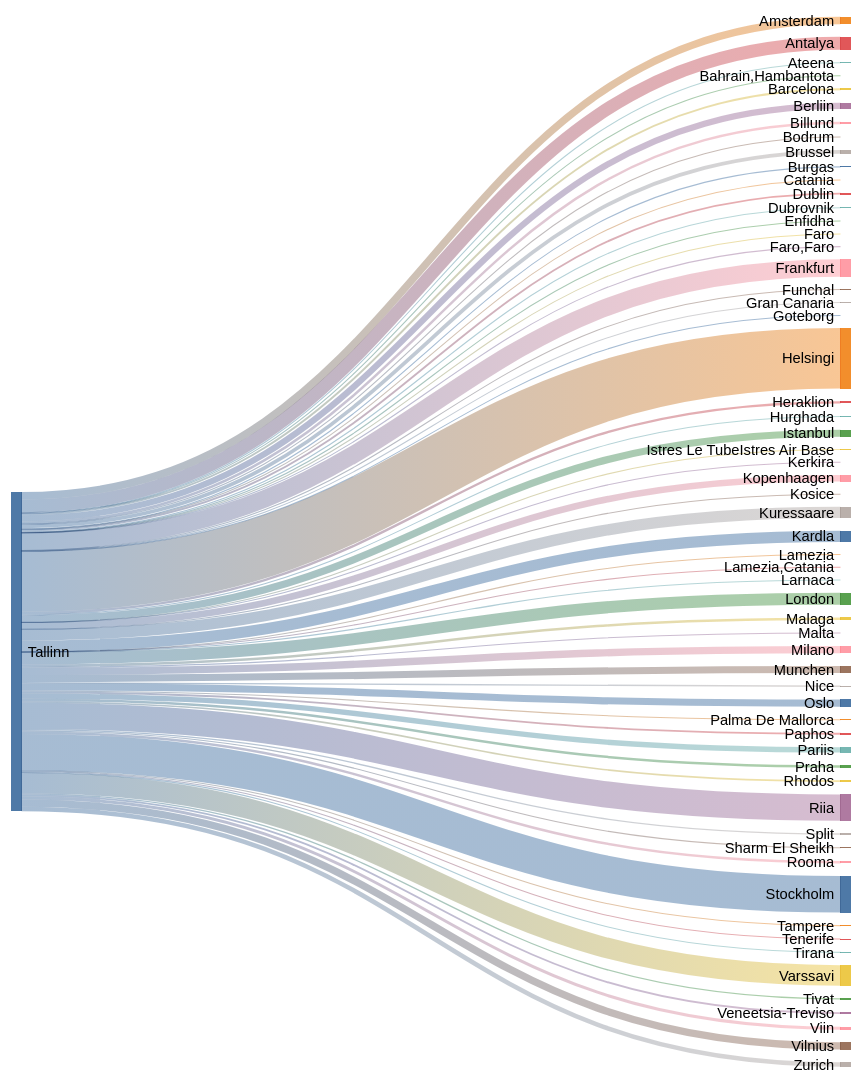
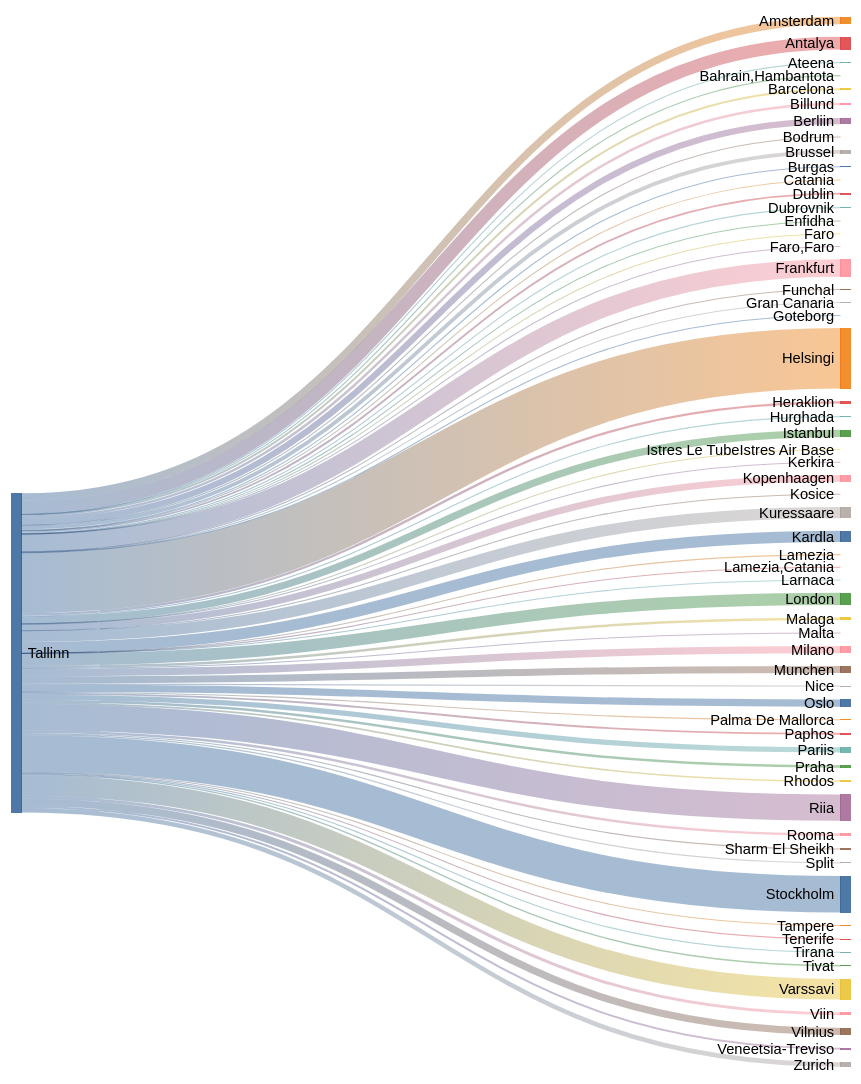
Before and after one commit to rainermesi/tll-airport-departures: the second of 2 diagrams in README.md, drawn with Mermaid (neutral theme). The commit also changed other lines of this file, not shown here.

````diff
--- a/README.md
+++ b/README.md
@@ -34,72 +34,72 @@
 ```mermaid
 ---
 config:
   sankey:
     showValues: false
     width: 800
     height: 1000
 ---
 sankey-beta
 %% source,target,value
-Tallinn,Amsterdam,146
+Tallinn,Amsterdam,147
 Tallinn,Antalya,251
 Tallinn,Ateena,16
 Tallinn,"Bahrain,Hambantota",1
-Tallinn,Barcelona,37
-Tallinn,Berliin,122
+Tallinn,Barcelona,38
+Tallinn,Berliin,123
 Tallinn,Billund,49
 Tallinn,Bodrum,11
-Tallinn,Brussel,73
+Tallinn,Brussel,74
 Tallinn,Burgas,21
 Tallinn,Catania,2
 Tallinn,Dublin,37
 Tallinn,Dubrovnik,21
 Tallinn,Enfidha,7
 Tallinn,Faro,4
 Tallinn,"Faro,Faro",1
-Tallinn,Frankfurt,342
+Tallinn,Frankfurt,345
 Tallinn,Funchal,5
-Tallinn,Gran Canaria,12
+Tallinn,Gran Canaria,13
 Tallinn,Goteborg,1
-Tallinn,Helsingi,1181
+Tallinn,Helsingi,1190
 Tallinn,Heraklion,46
 Tallinn,Hurghada,19
-Tallinn,Istanbul,140
+Tallinn,Istanbul,142
 Tallinn,Istres Le TubeIstres Air Base,2
 Tallinn,Kerkira,4
-Tallinn,Kopenhaagen,130
+Tallinn,Kopenhaagen,131
 Tallinn,Kosice,1
-Tallinn,Kuressaare,220
-Tallinn,Kardla,220
+Tallinn,Kuressaare,221
+Tallinn,Kardla,221
 Tallinn,Lamezia,1
 Tallinn,"Lamezia,Catania",3
 Tallinn,Larnaca,4
-Tallinn,London,236
+Tallinn,London,238
 Tallinn,Malaga,49
 Tallinn,Malta,15
-Tallinn,Milano,144
+Tallinn,Milano,145
 Tallinn,Munchen,139
 Tallinn,Nice,25
-Tallinn,Oslo,140
+Tallinn,Oslo,142
 Tallinn,Palma De Mallorca,19
 Tallinn,Paphos,36
-Tallinn,Pariis,103
+Tallinn,Pariis,104
 Tallinn,Praha,49
 Tallinn,Rhodos,32
-Tallinn,Riia,513
-Tallinn,Rooma,49
-Tallinn,Sharm El Sheikh,21
+Tallinn,Riia,517
+Tallinn,Rooma,50
+Tallinn,Sharm El Sheikh,22
 Tallinn,Split,25
-Tallinn,Stockholm,714
+Tallinn,Stockholm,717
 Tallinn,Tampere,17
 Tallinn,Tenerife,18
 Tallinn,Tirana,8
 Tallinn,Tivat,26
-Tallinn,Varssavi,400
-Tallinn,Veneetsia-Treviso,37
+Tallinn,Varssavi,403
+Tallinn,Veneetsia-Treviso,38
 Tallinn,Viin,59
-Tallinn,Vilnius,143
-Tallinn,Zurich,89
+Tallinn,Vilnius,144
+Tallinn,Zurich,90
 
 
 ```
````
